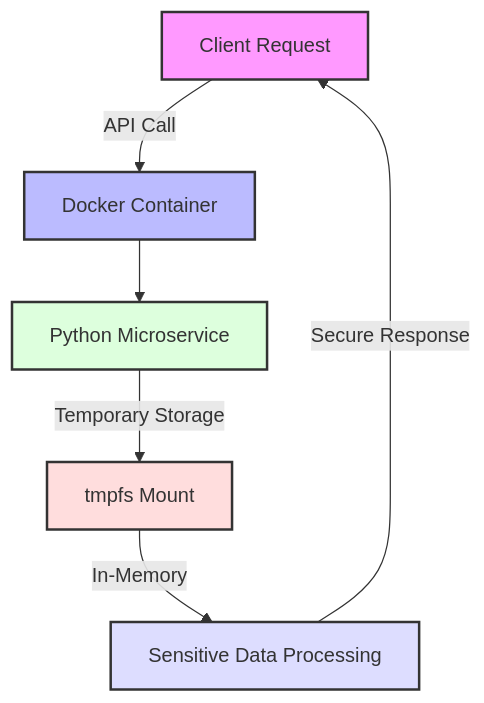
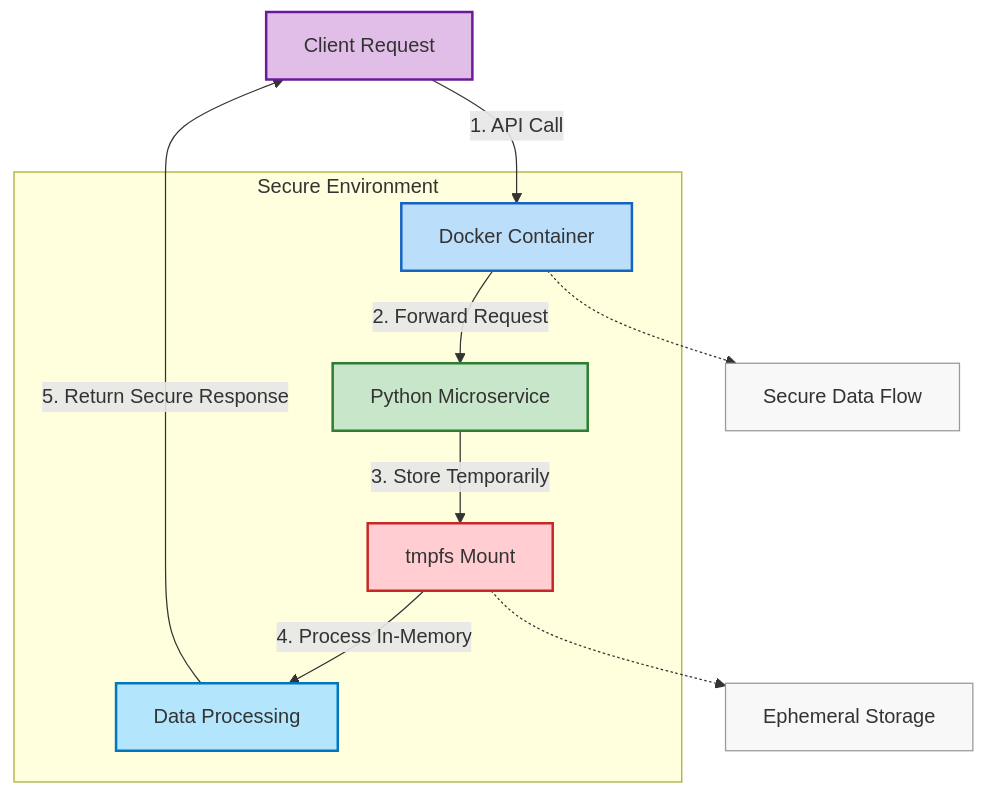
Before and after one commit to TheToriqul/docker-in-memory-storage: the diagram in README.md, drawn with Mermaid.

Commit message:
Chore: Updated Mermaid code

````diff
--- a/README.md
+++ b/README.md
@@ -16,14 +16,49 @@
 ```mermaid
 graph TD
-    A[Client Request] -->|API Call| B[Docker Container]
-    B --> C[Python Microservice]
-    C -->|Temporary Storage| D[tmpfs Mount]
-    D -->|In-Memory| E[Sensitive Data Processing]
-    E -->|Secure Response| A
+    %% Node definitions with descriptive IDs
+    CLIENT[Client Request]
+    DOCKER[Docker Container]
+    PYTHON[Python Microservice]
+    TMPFS[tmpfs Mount]
+    PROCESS[Data Processing]
+
+    %% Flow definitions with detailed labels
+    CLIENT -->|"1. API Call"| DOCKER
+    DOCKER -->|"2. Forward Request"| PYTHON
+    PYTHON -->|"3. Store Temporarily"| TMPFS
+    TMPFS -->|"4. Process In-Memory"| PROCESS
+    PROCESS -->|"5. Return Secure Response"| CLIENT
+
+    %% Subgraph for security boundary
+    subgraph Secure Environment
+        DOCKER
+        PYTHON
+        TMPFS
+        PROCESS
+    end
+
+    %% Class definitions for better dark/light mode compatibility
+    classDef default fill:#f9f9f9,stroke:#333,stroke-width:2px
+    classDef client fill:#e1bee7,stroke:#6a1b9a,stroke-width:2px
+    classDef container fill:#bbdefb,stroke:#1565c0,stroke-width:2px
+    classDef service fill:#c8e6c9,stroke:#2e7d32,stroke-width:2px
+    classDef storage fill:#ffcdd2,stroke:#c62828,stroke-width:2px
+    classDef process fill:#b3e5fc,stroke:#0277bd,stroke-width:2px
+
+    %% Apply classes to nodes
+    class CLIENT client
+    class DOCKER container
+    class PYTHON service
+    class TMPFS storage
+    class PROCESS process
+
+    %% Notes for additional context
+    note1[Secure Data Flow]
+    note2[Ephemeral Storage]
     
-    style A fill:#f9f,stroke:#333,stroke-width:2px
-    style B fill:#bbf,stroke:#333,stroke-width:2px
-    style C fill:#dfd,stroke:#333,stroke-width:2px
-    style D fill:#fdd,stroke:#333,stroke-width:2px
-    style E fill:#ddf,stroke:#333,stroke-width:2px
+    style note1 fill:#f8f8f8,stroke:#999,stroke-width:1px
+    style note2 fill:#f8f8f8,stroke:#999,stroke-width:1px
+    
+    DOCKER -.-> note1
+    TMPFS -.-> note2
 ```
````
